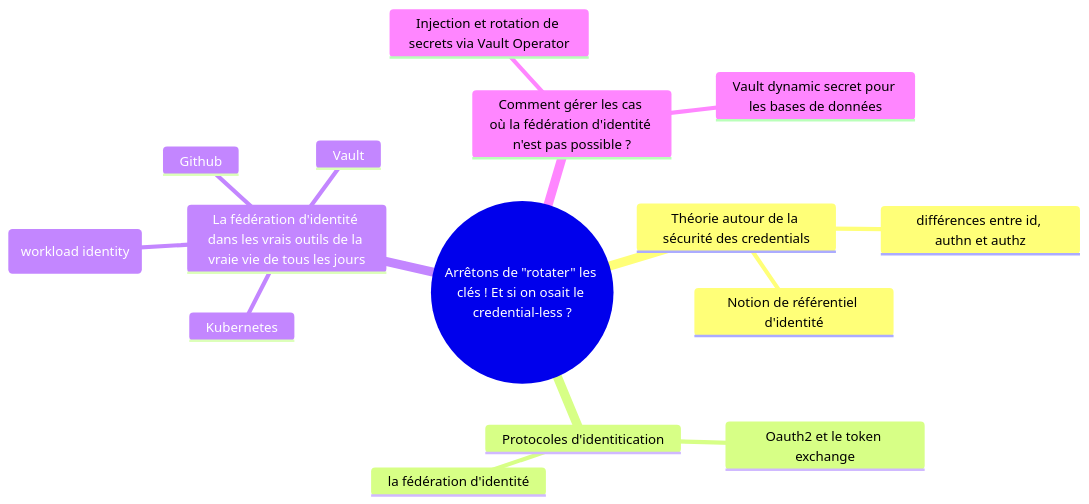
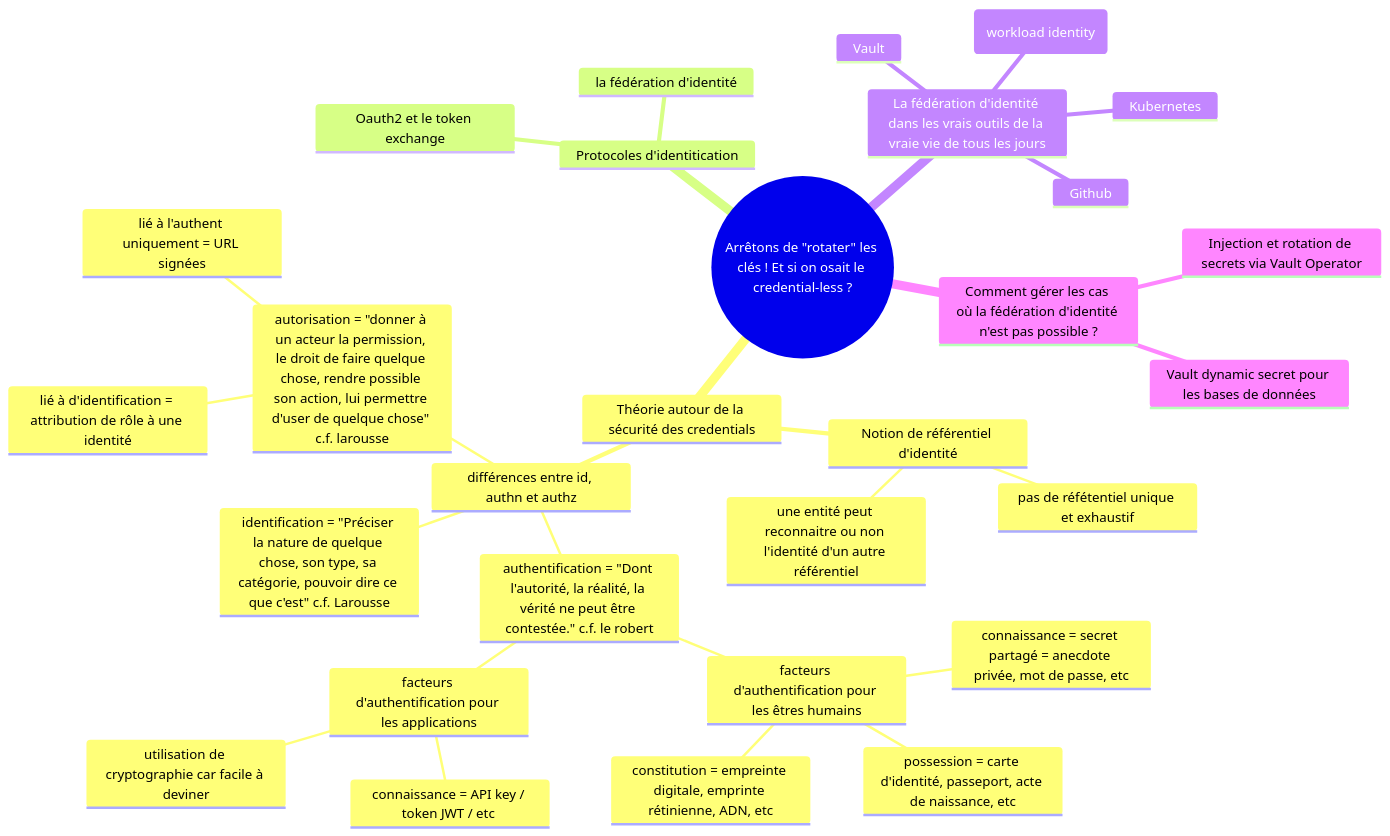
One commit to bogaertg/credentials-less-slides changed the diagram in MindMap.md. Above: the diagram before and after it, drawn with Mermaid.

Commit message:
fill first chapter

````diff
--- a/MindMap.md
+++ b/MindMap.md
@@ -1,18 +1,32 @@
 ```mermaid
 mindmap
   root((Arrêtons de "rotater" les clés ! Et si on osait le credential-less ?))
     Théorie autour de la sécurité des credentials
       différences entre id, authn et authz
+        identification = "Préciser la nature de quelque chose, son type, sa catégorie, pouvoir dire ce que c'est" c.f. Larousse
+        authentification = "Dont l'autorité, la réalité, la vérité ne peut être contestée." c.f. le robert
+            facteurs d'authentification pour les êtres humains
+                connaissance = secret partagé = anecdote privée, mot de passe, etc
+                possession = carte d'identité, passeport, acte de naissance, etc
+                constitution = empreinte digitale, emprinte rétinienne, ADN, etc
+            facteurs d'authentification pour les applications
+                connaissance = API key / token JWT / etc 
+                utilisation de cryptographie car facile à deviner
+        autorisation = "donner à un acteur la permission, le droit de faire quelque chose, rendre possible son action, lui permettre d'user de quelque chose" c.f. larousse
+            lié à d'identification = attribution de rôle à une identité
+            lié à l'authent uniquement = URL signées
       Notion de référentiel d'identité
+        pas de réfétentiel unique et exhaustif
+        une entité peut reconnaitre ou non l'identité d'un autre référentiel
     Protocoles d'identitication
       Oauth2 et le token exchange
       la fédération d'identité
     La fédération d'identité dans les vrais outils de la vraie vie de tous les jours
       GCP (workload identity)
       Kubernetes
       Github
       Vault
     Comment gérer les cas où la fédération d'identité n'est pas possible ?
       Injection et rotation de secrets via Vault Operator
       Vault dynamic secret pour les bases de données
 ```
````
